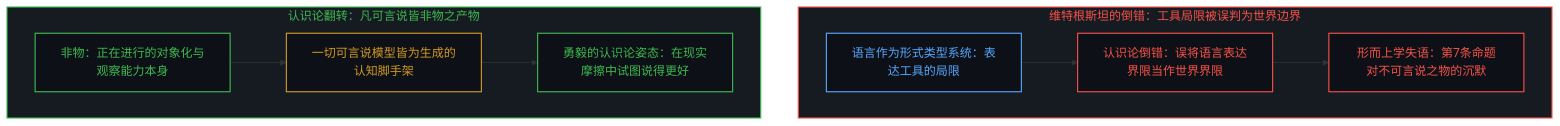
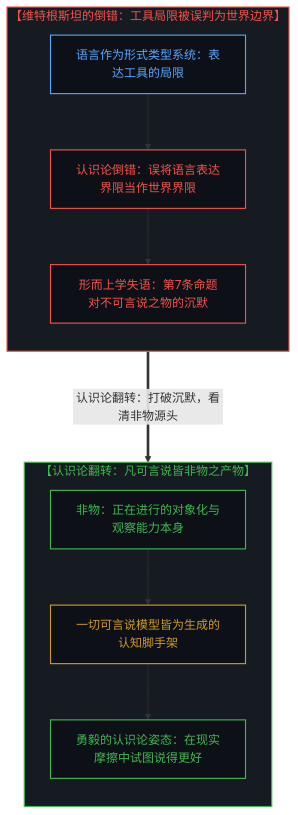
Before and after one commit to powerpig99/not-a-toe: the seventh of 10 diagrams in content/posts/all-that-can-be-spoken-is-the-product-of-the-unspeakable.md, drawn with Mermaid. The commit also changed other lines of this file and 1 other file, not shown here.

Commit message:
Convert Post #333 Mermaid diagrams to strictly vertical mobile-friendly top-down flow and add audit invariant

````diff
--- a/content/posts/all-that-can-be-spoken-is-the-product-of-the-unspeakable.md
+++ b/content/posts/all-that-can-be-spoken-is-the-product-of-the-unspeakable.md
@@ -221,25 +245,29 @@
 ```mermaid
 graph TD
     classDef default fill:#0d1117,stroke:#30363d,stroke-width:1px,color:#f0f6fc;
     classDef mind fill:#0d1117,stroke:#3fb950,stroke-width:1.5px,color:#3fb950;
     classDef failure fill:#0d1117,stroke:#f85149,stroke-width:1.5px,color:#f85149;
     classDef scaffold fill:#0d1117,stroke:#d29922,stroke-width:1.5px,color:#d29922;
     classDef model fill:#0d1117,stroke:#58a6ff,stroke-width:1.5px,color:#58a6ff;
 
-    subgraph S_Wittgenstein ["维特根斯坦的倒错：工具局限被误判为世界边界"]
+    subgraph S_Wittgenstein ["【维特根斯坦的倒错：工具局限被误判为世界边界】"]
+        direction TB
         W1["语言作为形式类型系统：表达工具的局限"]:::model
         W2["认识论倒错：误将语言表达界限当作世界界限"]:::failure
         W3["形而上学失语：第7条命题对不可言说之物的沉默"]:::failure
         W1 --> W2 --> W3
     end
 
-    subgraph S_Reconstruction ["认识论翻转：凡可言说皆非物之产物"]
+    subgraph S_Reconstruction ["【认识论翻转：凡可言说皆非物之产物】"]
+        direction TB
         R1["非物：正在进行的对象化与观察能力本身"]:::mind
         R2["一切可言说模型皆为生成的认知脚手架"]:::scaffold
         R3["勇毅的认识论姿态：在现实摩擦中试图说得更好"]:::mind
         R1 --> R2 --> R3
     end
 
+    W3 ===>|"认识论翻转：打破沉默，看清非物源头"| R1
+
     style S_Wittgenstein fill:#161b22,stroke:#f85149,stroke-width:1.5px,color:#f85149
     style S_Reconstruction fill:#161b22,stroke:#3fb950,stroke-width:1.5px,color:#3fb950
 ```
````
